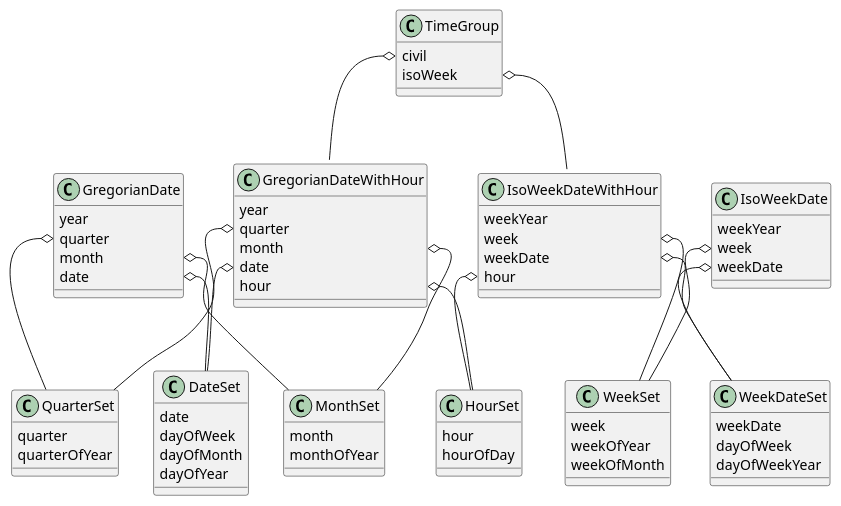
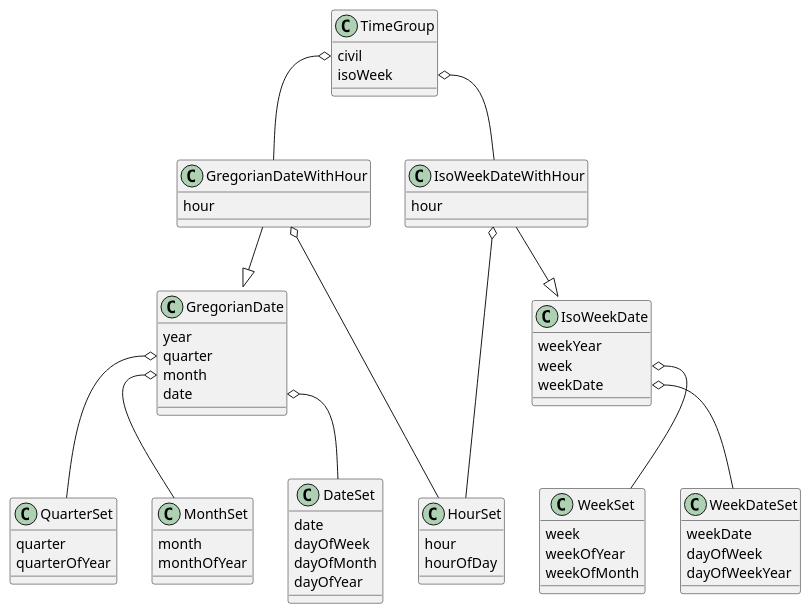
The diagram in docs/analytics/08-time-dimension/diagrams/dimension-group.puml (rekalogika/rekalogika-docs), drawn with PlantUML before and after one commit. The commit also changed 3 other files, not shown here.

```diff
--- a/docs/analytics/08-time-dimension/diagrams/dimension-group.puml
+++ b/docs/analytics/08-time-dimension/diagrams/dimension-group.puml
@@ -1,96 +1,86 @@
 @startuml
 
 ' Group
 
 class TimeGroup {
     civil
     isoWeek
 }
 
 TimeGroup::civil o-- GregorianDateWithHour
 TimeGroup::isoWeek o-- IsoWeekDateWithHour
 
 ' Systems
 
 class GregorianDate {
     year
     quarter
     month
     date
 }
 
 GregorianDate::quarter o-- QuarterSet
 GregorianDate::month o-- MonthSet
 GregorianDate::date o-- DateSet
 
 class GregorianDateWithHour {
-    year
-    quarter
-    month
-    date
     hour
 }
 
-GregorianDateWithHour::quarter o-- QuarterSet
-GregorianDateWithHour::month o-- MonthSet
-GregorianDateWithHour::date o-- DateSet
-GregorianDateWithHour::hour o-- HourSet
+GregorianDateWithHour --|> GregorianDate
+GregorianDateWithHour o--- HourSet
 
 class IsoWeekDate {
     weekYear
     week
     weekDate
 }
 
 IsoWeekDate::week o-- WeekSet
 IsoWeekDate::weekDate o-- WeekDateSet
 
 class IsoWeekDateWithHour {
-    weekYear
-    week
-    weekDate
     hour
 }
 
-IsoWeekDateWithHour::week o-- WeekSet
-IsoWeekDateWithHour::weekDate o-- WeekDateSet
-IsoWeekDateWithHour::hour o-- HourSet
+IsoWeekDateWithHour --|> IsoWeekDate
+IsoWeekDateWithHour o--- HourSet
 
 ' Sets
 
 class QuarterSet {
     quarter
     quarterOfYear
 }
 
 class MonthSet {
     month
     monthOfYear
 }
 
 class WeekSet {
     week
     weekOfYear
     weekOfMonth
 }
 
 class DateSet {
     date
     dayOfWeek
     dayOfMonth
     dayOfYear
 }
 
 class WeekDateSet {
     weekDate
     dayOfWeek
     dayOfWeekYear
 }
 
 class HourSet {
     hour
     hourOfDay
 }
 
 
 @enduml
```
